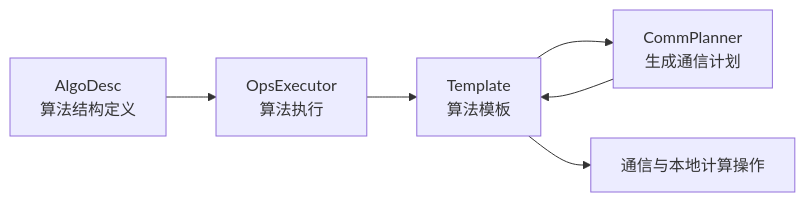
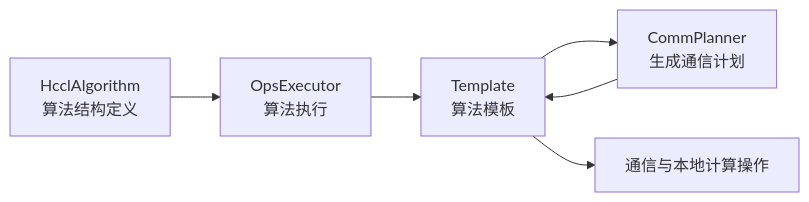
Before and after one commit to hicann/hccl: the second of 10 diagrams in docs/zh/rfcs/0003-executor-template-refactor.md, drawn with Mermaid. The commit also changed other lines of this file and 39 other files, not shown here.

````diff
--- a/docs/zh/rfcs/0003-executor-template-refactor.md
+++ b/docs/zh/rfcs/0003-executor-template-refactor.md
@@ -104,14 +104,14 @@
 ```mermaid
 flowchart LR
-    Algo["AlgoDesc<br/>算法结构定义"]
+    Algo["HcclAlgorithm<br/>算法结构定义"]
     Executor["OpsExecutor<br/>算法执行"]
     Template["Template<br/>算法模板"]
     CommPlanner["CommPlanner<br/>生成通信计划"]
     Comm["通信与本地计算操作"]
 
     Algo --> Executor
     Executor --> Template
     Template --> CommPlanner
     CommPlanner --> Template
     Template --> Comm
 ```
````
